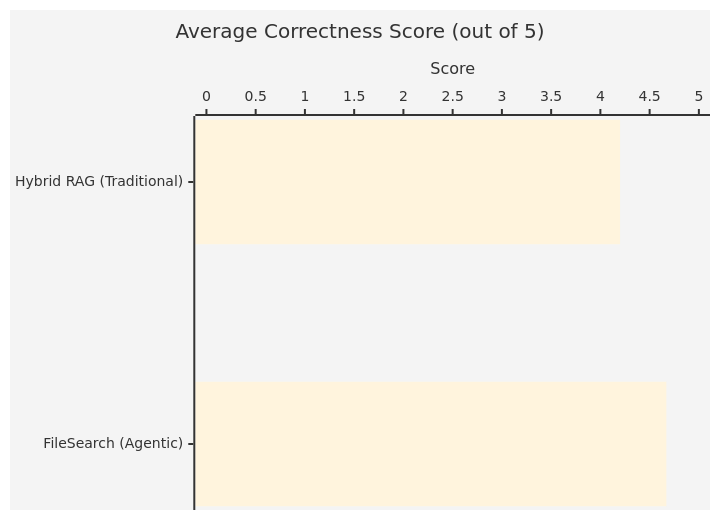
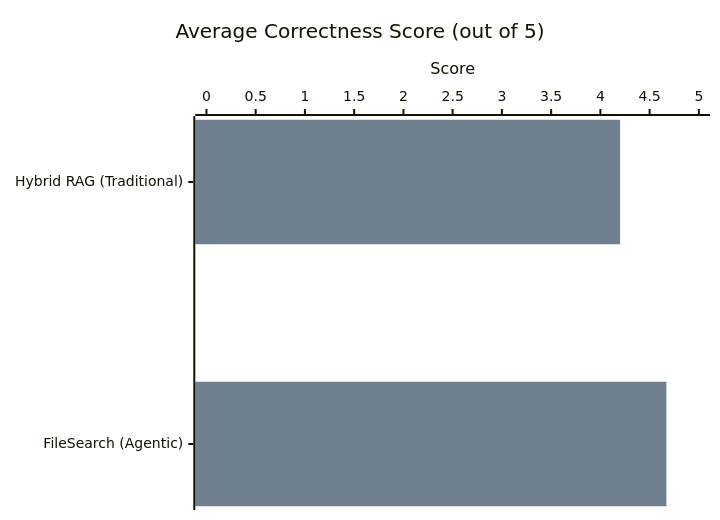
One commit to bhargav-latent/Agent-Harness-RAG changed the second of 5 diagrams in README.md. Above: the diagram before and after it, drawn with Mermaid.

Commit message:
Fix bar colors in accuracy chart using plotColorPalette

````diff
--- a/README.md
+++ b/README.md
@@ -75,14 +75,15 @@
 ```mermaid
 %%{init: {
   'theme': 'base',
   'themeVariables': {
-    'primaryColor': '#708090',
-    'secondaryColor': '#FA8072'
+    'xyChart': {
+      'plotColorPalette': '#708090, #FA8072'
+    }
   }
 }}%%
 xychart-beta horizontal
     title "Average Correctness Score (out of 5)"
     x-axis ["Hybrid RAG (Traditional)", "FileSearch (Agentic)"]
     y-axis "Score" 0 --> 5
     bar [4.20, 4.67]
 ```
````
